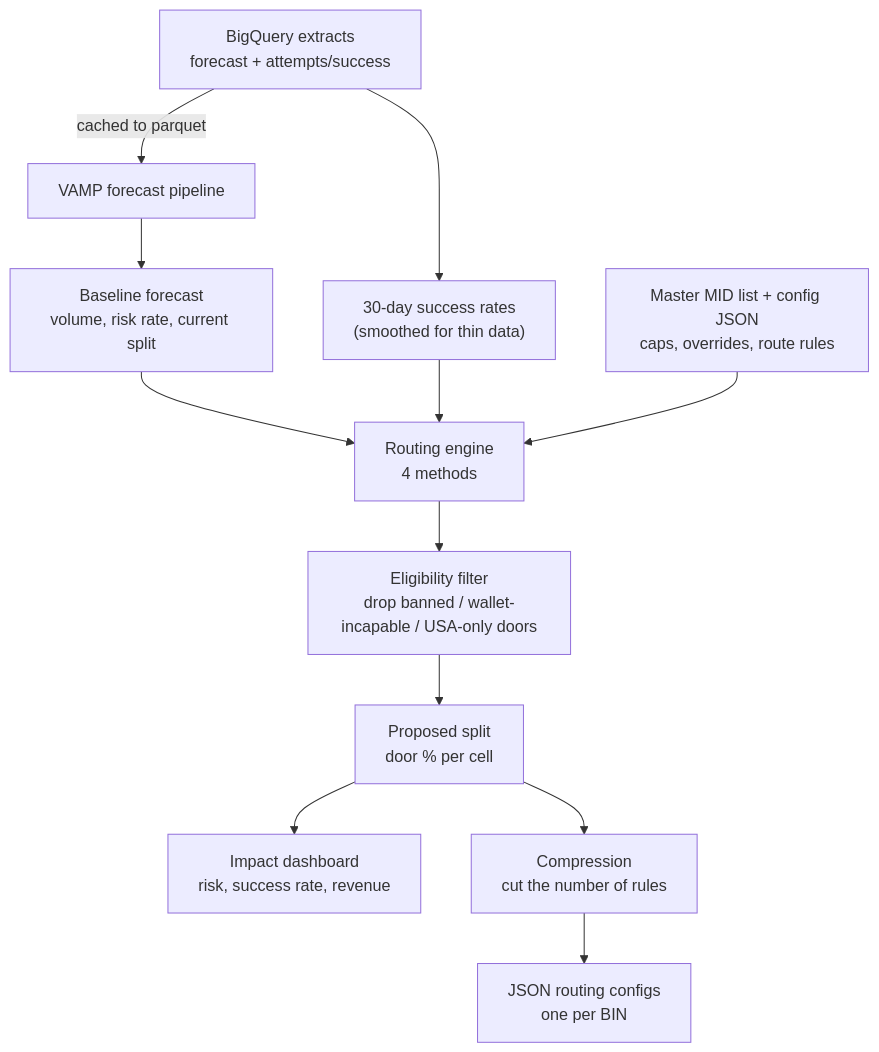
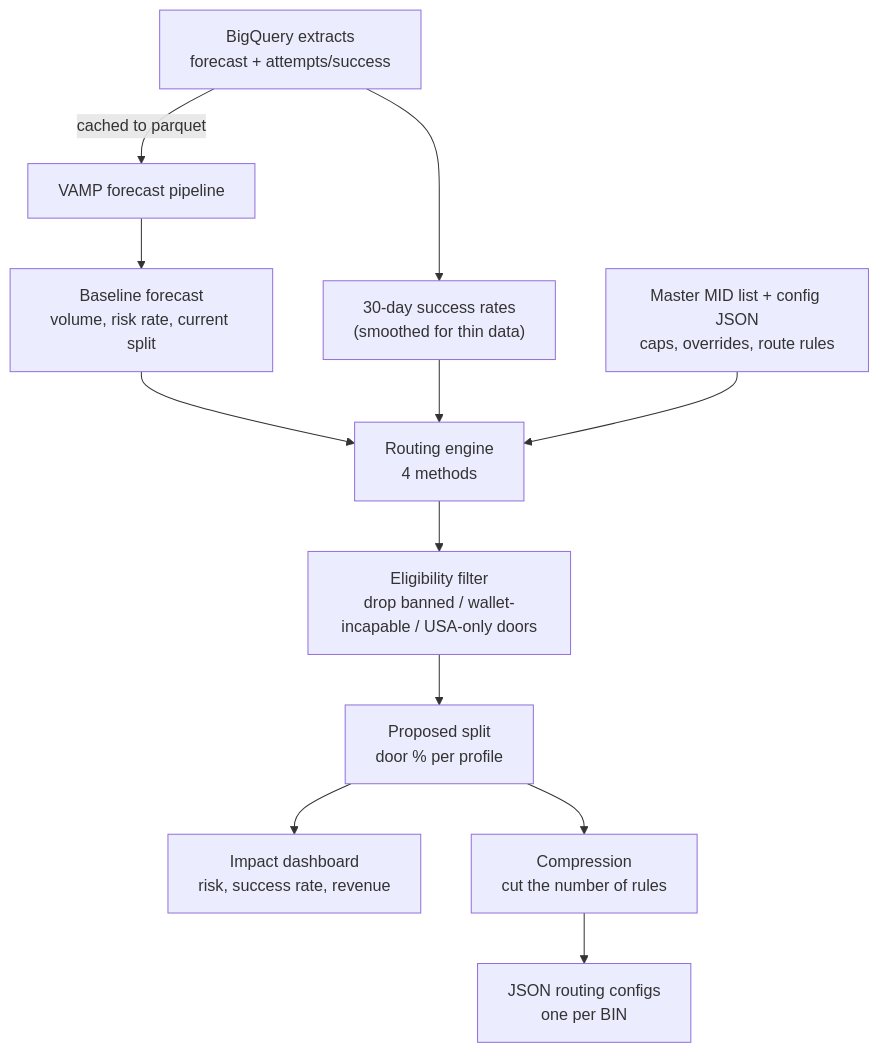
One commit to BenCookTS1996/mid-split-interface changed the first of 4 diagrams in README.md. Above: the diagram before and after it, drawn with Mermaid. The commit also changed other lines of this file and 39 other files, not shown here.

````diff
--- a/README.md
+++ b/README.md
@@ -89,16 +89,16 @@
 ```mermaid
 flowchart TD
     BQ["BigQuery extracts<br/>forecast + attempts/success"]
     MID["Master MID list + config JSON<br/>caps, overrides, route rules"]
     BQ -->|"cached to parquet"| PIPE["VAMP forecast pipeline"]
     PIPE --> BASE["Baseline forecast<br/>volume, risk rate, current split"]
     BQ --> SR["30-day success rates<br/>(smoothed for thin data)"]
     BASE --> ENG["Routing engine<br/>4 methods"]
     SR --> ENG
     MID --> ENG
     ENG --> ELIG["Eligibility filter<br/>drop banned / wallet-incapable / USA-only doors"]
-    ELIG --> SPLIT["Proposed split<br/>door % per cell"]
+    ELIG --> SPLIT["Proposed split<br/>door % per profile"]
     SPLIT --> IMP["Impact dashboard<br/>risk, success rate, revenue"]
     SPLIT --> KM["Compression<br/>cut the number of rules"]
     KM --> CFG["JSON routing configs<br/>one per BIN"]
 ```
````
